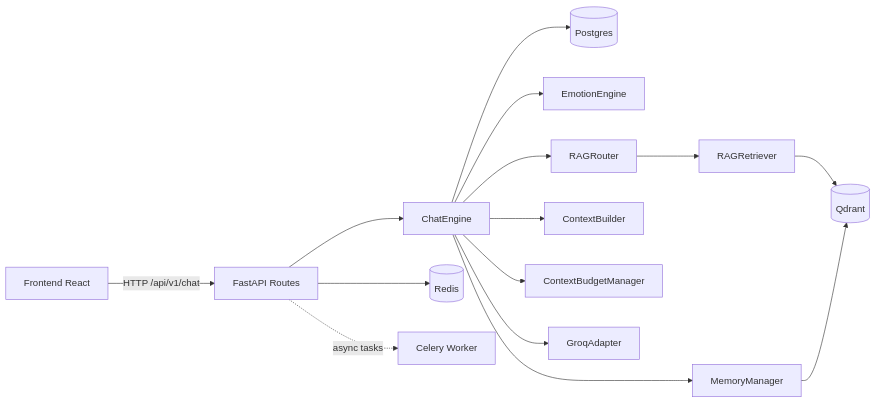
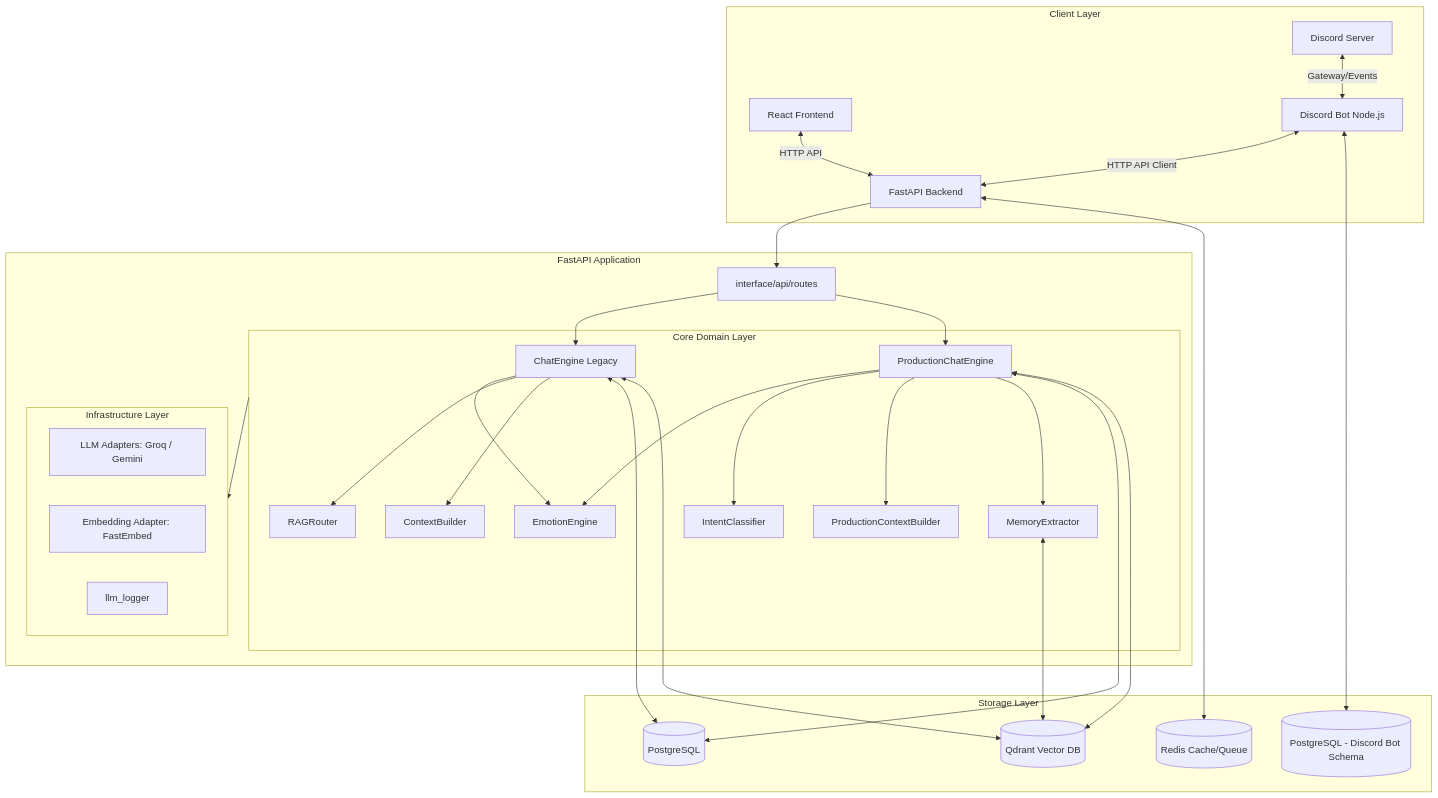
The diagram in PHAN_TICH_WORKSPACE_CHI_TIET.md (HoanBuCon/Kuchiba-Chisa), drawn with Mermaid before and after one commit. The commit also changed other lines of this file and 22 other files, not shown here.

````diff
--- a/PHAN_TICH_WORKSPACE_CHI_TIET.md
+++ b/PHAN_TICH_WORKSPACE_CHI_TIET.md
@@ -43,17 +23,38 @@
 ```mermaid
-flowchart LR
-    U[Frontend React] -->|HTTP /api/v1/chat| API[FastAPI Routes]
-    API --> CE[ChatEngine]
-    CE --> DB[(Postgres)]
-    CE --> EE[EmotionEngine]
-    CE --> RR[RAGRouter]
-    RR --> RG[RAGRetriever]
-    RG --> QD[(Qdrant)]
-    CE --> CB[ContextBuilder]
-    CE --> GB[ContextBudgetManager]
-    CE --> LLM[GroqAdapter]
-    CE --> MM[MemoryManager]
-    MM --> QD
-    API --> RED[(Redis)]
-    API -. async tasks .-> CEL[Celery Worker]
+flowchart TD
+    subgraph Clients [Client Layer]
+        FE[React Frontend] <-->|HTTP API| API[FastAPI Backend]
+        DBot[Discord Bot Node.js] <-->|HTTP API Client| API
+        DiscordPlatform[Discord Server] <-->|Gateway/Events| DBot
+    end
+
+    subgraph Backend [FastAPI Application]
+        API --> Routes[interface/api/routes]
+        Routes --> LegacyCE[ChatEngine Legacy]
+        Routes --> ProdCE[ProductionChatEngine]
+        
+        subgraph Domain [Core Domain Layer]
+            LegacyCE & ProdCE --> EE[EmotionEngine]
+            LegacyCE --> RR[RAGRouter]
+            LegacyCE --> CB[ContextBuilder]
+            ProdCE --> IC[IntentClassifier]
+            ProdCE --> PCB[ProductionContextBuilder]
+            ProdCE --> ME[MemoryExtractor]
+        end
+
+        subgraph Infra [Infrastructure Layer]
+            LLM[LLM Adapters: Groq / Gemini]
+            Embed[Embedding Adapter: FastEmbed]
+            LLMLog[llm_logger]
+        end
+    end
+
+    subgraph Storage [Storage Layer]
+        LegacyCE & ProdCE <--> DB[(PostgreSQL)]
+        DBot <--> DiscordDB[(PostgreSQL - Discord Bot Schema)]
+        ME & LegacyCE & ProdCE <--> Qdrant[(Qdrant Vector DB)]
+        API <--> Redis[(Redis Cache/Queue)]
+    end
+
+    Domain --> Infra
 ```
````
